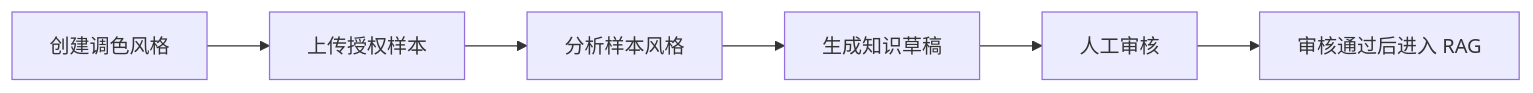
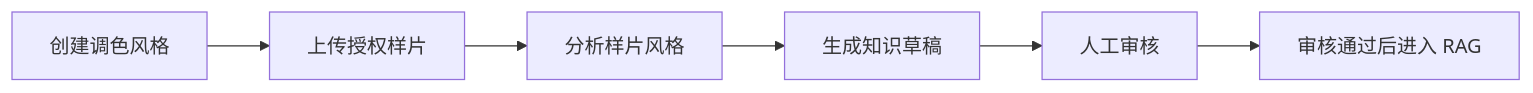
The third of 4 diagrams in docs/architecture.md (malchinee255/TonePilot), drawn with Mermaid before and after one commit. The commit also changed other lines of this file and 64 other files, not shown here.

````diff
--- a/docs/architecture.md
+++ b/docs/architecture.md
@@ -158,8 +70,8 @@
 ```mermaid
 flowchart LR
-  A["创建调色风格"] --> B["上传授权样本"]
-  B --> C["分析样本风格"]
+  A["创建调色风格"] --> B["上传授权样片"]
+  B --> C["分析样片风格"]
   C --> D["生成知识草稿"]
   D --> E["人工审核"]
   E --> F["审核通过后进入 RAG"]
 ```
````
